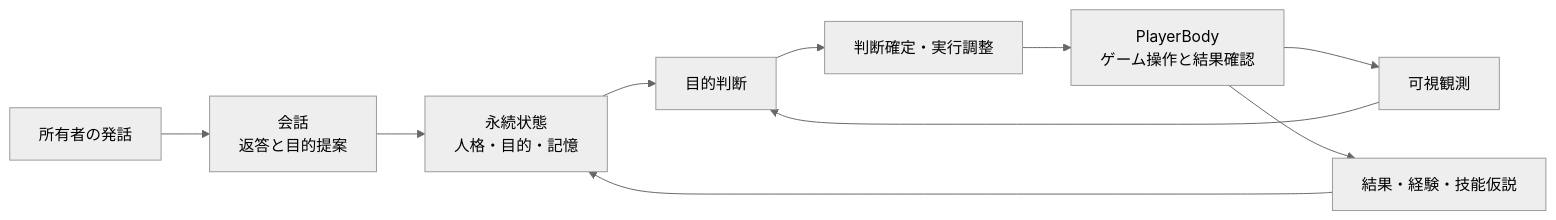
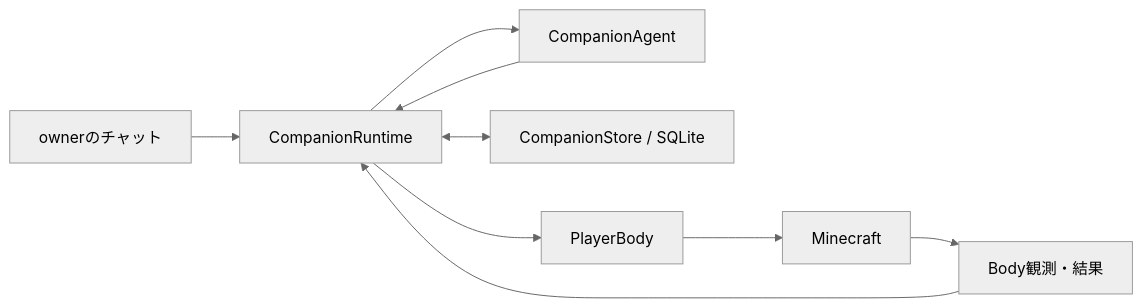
The diagram in README.md (stillshore-chirp/mc-bot-egent-practice-2), drawn with Mermaid (neutral theme) before and after one commit. The commit also changed other lines of this file and 317 other files, not shown here.

````diff
--- a/README.md
+++ b/README.md
@@ -27,15 +7,11 @@
 ```mermaid
 flowchart LR
-    Chat["所有者の発話"] --> Conversation["会話
-返答と目的提案"]
-    Conversation --> State["永続状態
-人格・目的・記憶"]
-    State --> Purpose["目的判断"]
-    Observation["可視観測"] --> Purpose
-    Purpose --> Runtime["判断確定・実行調整"]
-    Runtime --> Body["PlayerBody
-ゲーム操作と結果確認"]
-    Body --> Observation
-    Body --> Experience["結果・経験・技能仮説"]
-    Experience --> State
+    Chat["ownerのチャット"] --> Runtime["CompanionRuntime"]
+    Events["Body観測・結果"] --> Runtime
+    Runtime --> Agent["CompanionAgent"]
+    Agent --> Runtime
+    Runtime <--> Store["CompanionStore / SQLite"]
+    Runtime --> Body["PlayerBody"]
+    Body --> World["Minecraft"]
+    World --> Events
 ```
````
